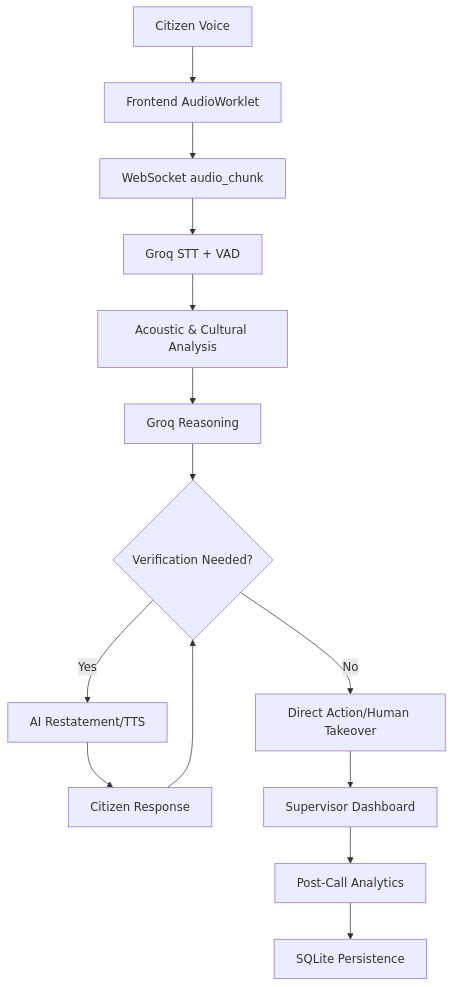
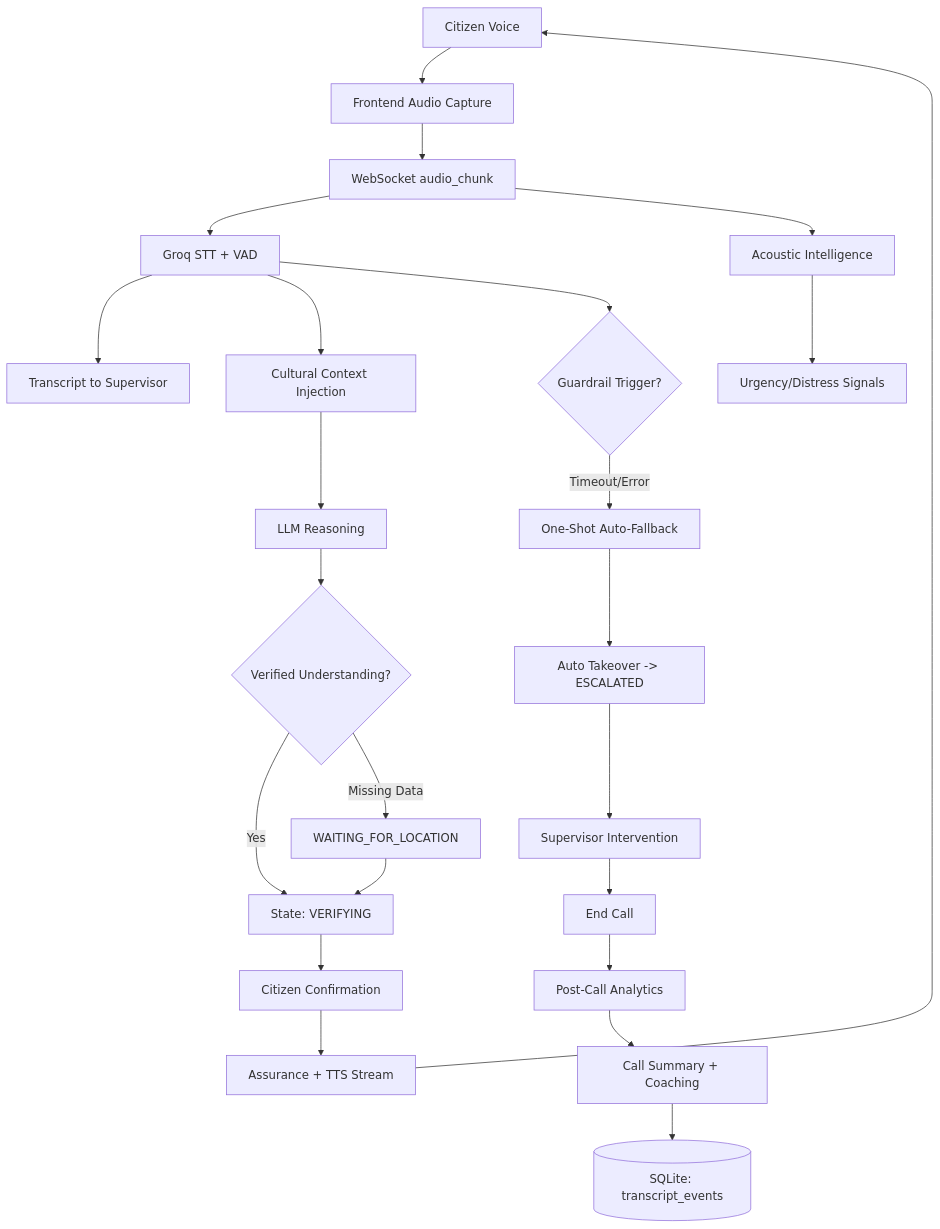
One commit to Team-Diamond24/vaaksetu changed the diagram in README.md. Above: the diagram before and after it, drawn with Mermaid. The commit also changed other lines of this file, not shown here.

````diff
--- a/README.md
+++ b/README.md
@@ -75,16 +92,26 @@
 ```mermaid
 flowchart TD
-    A[Citizen Voice] --> B[Frontend AudioWorklet]
+    A[Citizen Voice] --> B[Frontend Audio Capture]
     B --> C[WebSocket audio_chunk]
     C --> D[Groq STT + VAD]
-    D --> E[Acoustic & Cultural Analysis]
-    E --> F[Groq Reasoning]
-    F --> G{Verification Needed?}
-    G -- Yes --> H[AI Restatement/TTS]
-    G -- No --> I[Direct Action/Human Takeover]
-    H --> J[Citizen Response]
-    J --> G
-    I --> K[Supervisor Dashboard]
-    K --> L[Post-Call Analytics]
-    L --> M[SQLite Persistence]
+    C --> E[Acoustic Intelligence]
+    D --> F[Transcript to Supervisor]
+    D --> G[Cultural Context Injection]
+    G --> H[LLM Reasoning]
+    E --> I[Urgency/Distress Signals]
+    H --> J{Verified Understanding?}
+    J -- Yes --> K[State: VERIFYING]
+    K --> L[Citizen Confirmation]
+    L --> M[Assurance + TTS Stream]
+    J -- Missing Data --> N[WAITING_FOR_LOCATION]
+    N --> K
+    D --> O{Guardrail Trigger?}
+    O -- Timeout/Error --> P[One-Shot Auto-Fallback]
+    P --> Q[Auto Takeover -> ESCALATED]
+    M --> A
+    Q --> R[Supervisor Intervention]
+    R --> S[End Call]
+    S --> T[Post-Call Analytics]
+    T --> U[Call Summary + Coaching]
+    U --> V[(SQLite: transcript_events)]
 ```
````
